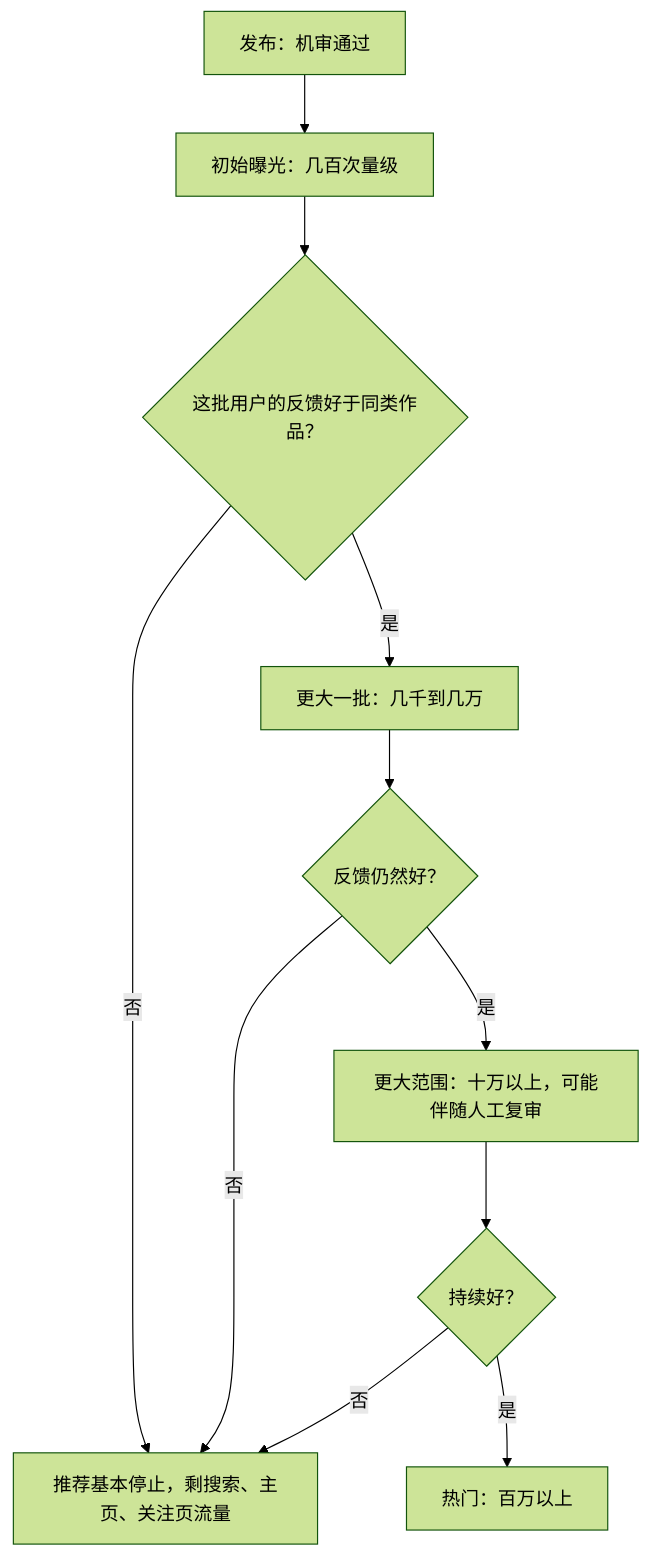
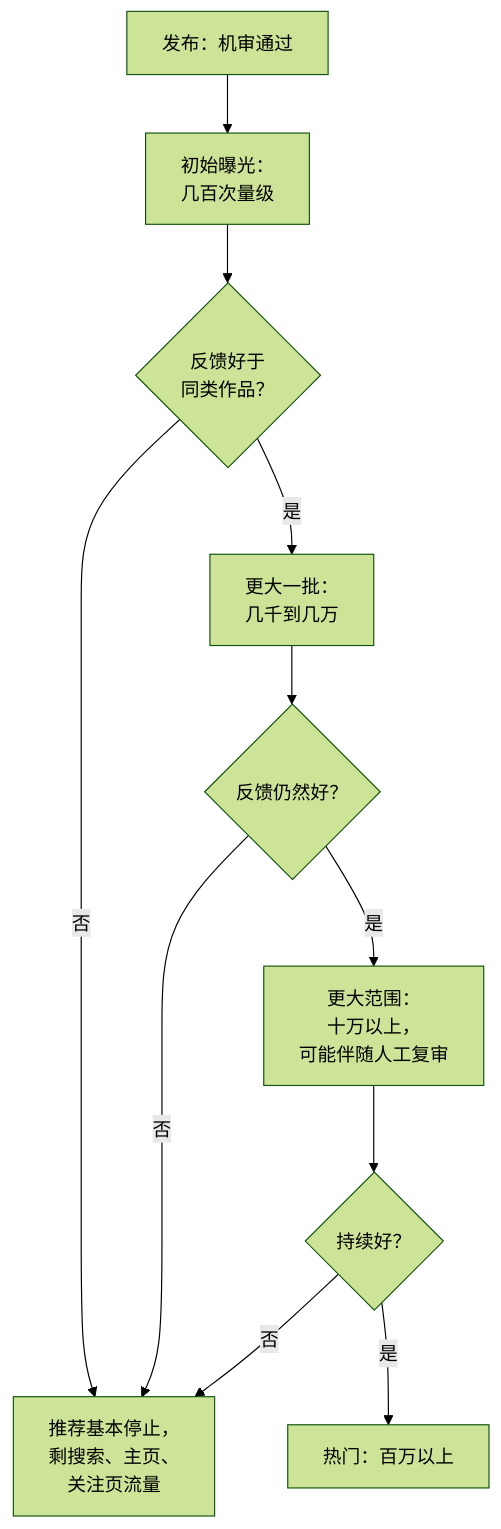
The diagram in books/douyin-kuaishou/02-recommendation.md (jarvis-pro/hatch-shelf), drawn with Mermaid (forest theme) before and after one commit. The commit also changed 432 other files, not shown here.

````diff
--- a/books/douyin-kuaishou/02-recommendation.md
+++ b/books/douyin-kuaishou/02-recommendation.md
@@ -58,13 +58,13 @@
 ```mermaid
 flowchart TD
-  P["发布：机审通过"] --> L1["初始曝光：几百次量级"]
-  L1 --> J1{"这批用户的反馈好于同类作品？"}
-  J1 -->|"否"| S["推荐基本停止，剩搜索、主页、关注页流量"]
-  J1 -->|"是"| L2["更大一批：几千到几万"]
+  P["发布：机审通过"] --> L1["初始曝光：<br/>几百次量级"]
+  L1 --> J1{"反馈好于<br/>同类作品？"}
+  J1 -->|"否"| S["推荐基本停止，<br/>剩搜索、主页、<br/>关注页流量"]
+  J1 -->|"是"| L2["更大一批：<br/>几千到几万"]
   L2 --> J2{"反馈仍然好？"}
   J2 -->|"否"| S
-  J2 -->|"是"| L3["更大范围：十万以上，可能伴随人工复审"]
+  J2 -->|"是"| L3["更大范围：<br/>十万以上，<br/>可能伴随人工复审"]
   L3 --> J3{"持续好？"}
   J3 -->|"否"| S
   J3 -->|"是"| L4["热门：百万以上"]
 ```
````
